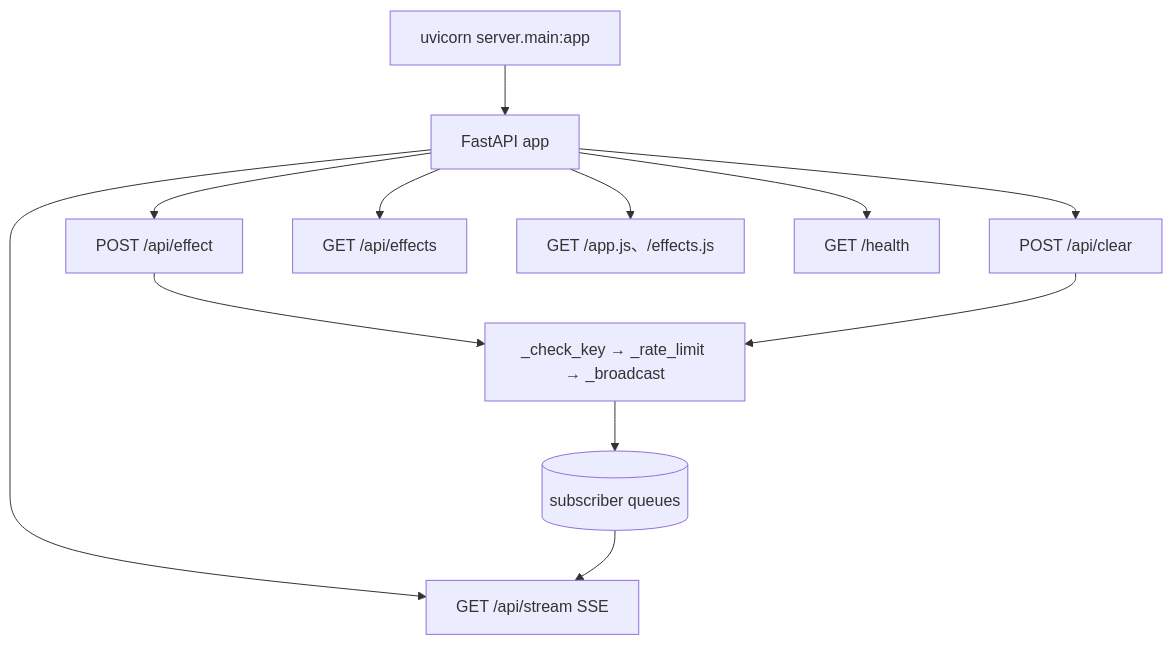
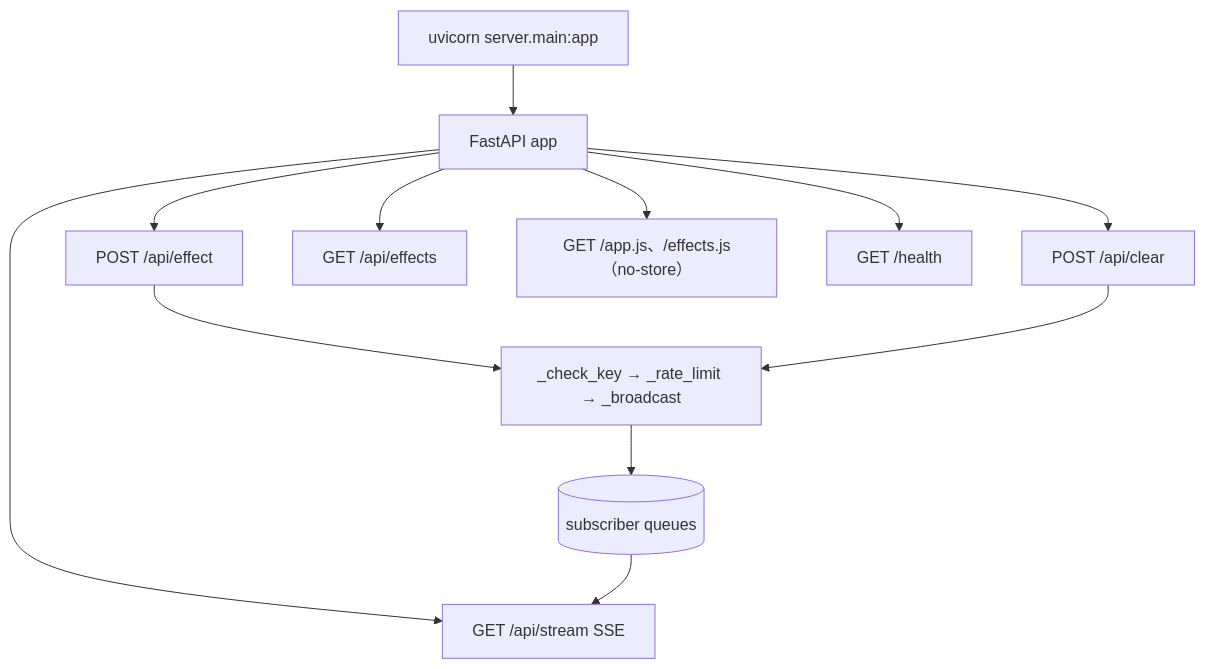
One commit to zivngit/Real-time-Interaction-html changed the first of 3 diagrams in docs/agents/CALL_GRAPH.md. Above: the diagram before and after it, drawn with Mermaid. The commit also changed other lines of this file and 4 other files, not shown here.

````diff
--- a/docs/agents/CALL_GRAPH.md
+++ b/docs/agents/CALL_GRAPH.md
@@ -15,14 +15,14 @@
 ```mermaid
 flowchart TD
     A[uvicorn server.main:app] --> C[FastAPI app]
     C --> R1[POST /api/effect]
     C --> R2[POST /api/clear]
     C --> R3[GET /api/stream SSE]
     C --> R4[GET /api/effects]
-    C --> R5[GET /app.js、/effects.js]
+    C --> R5[GET /app.js、/effects.js（no-store）]
     C --> R6[GET /health]
     R1 --> P1[_check_key → _rate_limit → _broadcast]
     R2 --> P1
     P1 --> Q[(subscriber queues)]
     Q --> R3
 ```
````
